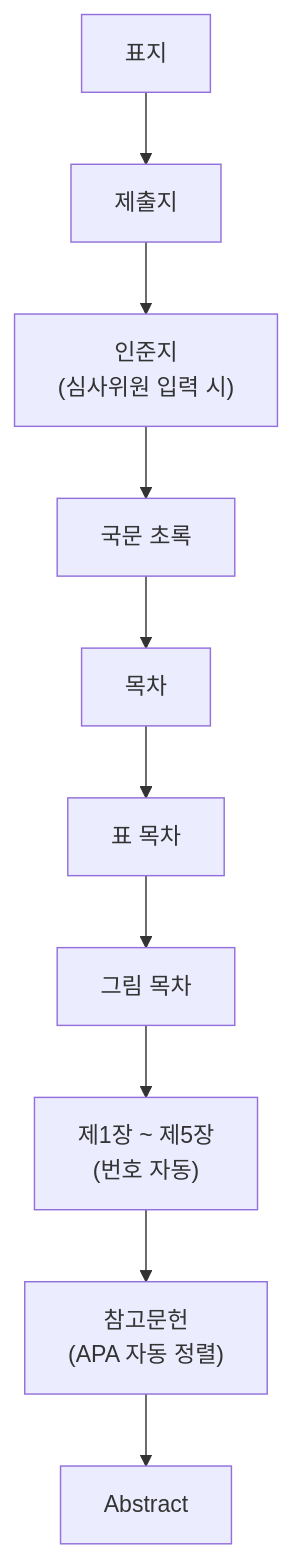
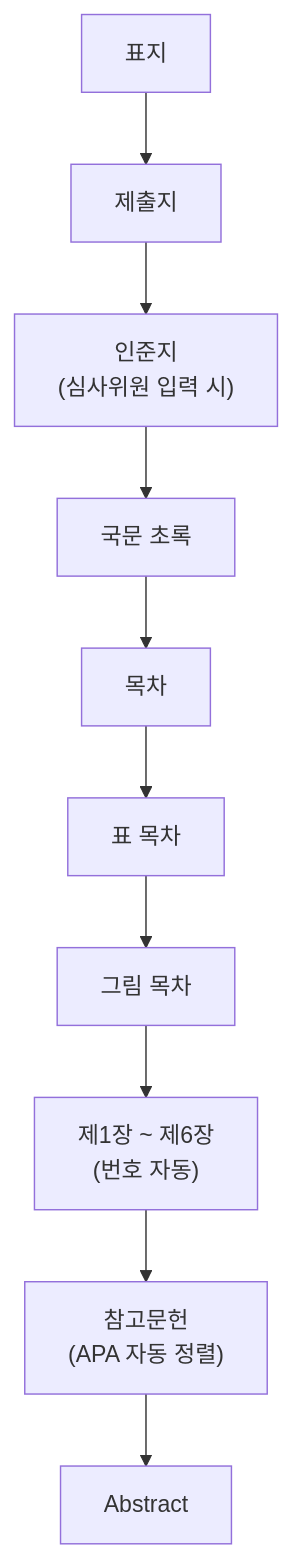
The second of 2 diagrams in README.md (KnagByeongju-123/paper), drawn with Mermaid before and after one commit. The commit also changed 5 other files, not shown here.

````diff
--- a/README.md
+++ b/README.md
@@ -43,5 +43,5 @@
 ```mermaid
 flowchart TB
     A[표지] --> B[제출지] --> B2["인준지<br/>(심사위원 입력 시)"] --> C[국문 초록] --> D[목차]
-    D --> E[표 목차] --> F[그림 목차] --> G["제1장 ~ 제5장<br/>(번호 자동)"] --> H["참고문헌<br/>(APA 자동 정렬)"] --> I[Abstract]
+    D --> E[표 목차] --> F[그림 목차] --> G["제1장 ~ 제6장<br/>(번호 자동)"] --> H["참고문헌<br/>(APA 자동 정렬)"] --> I[Abstract]
 ```
````
